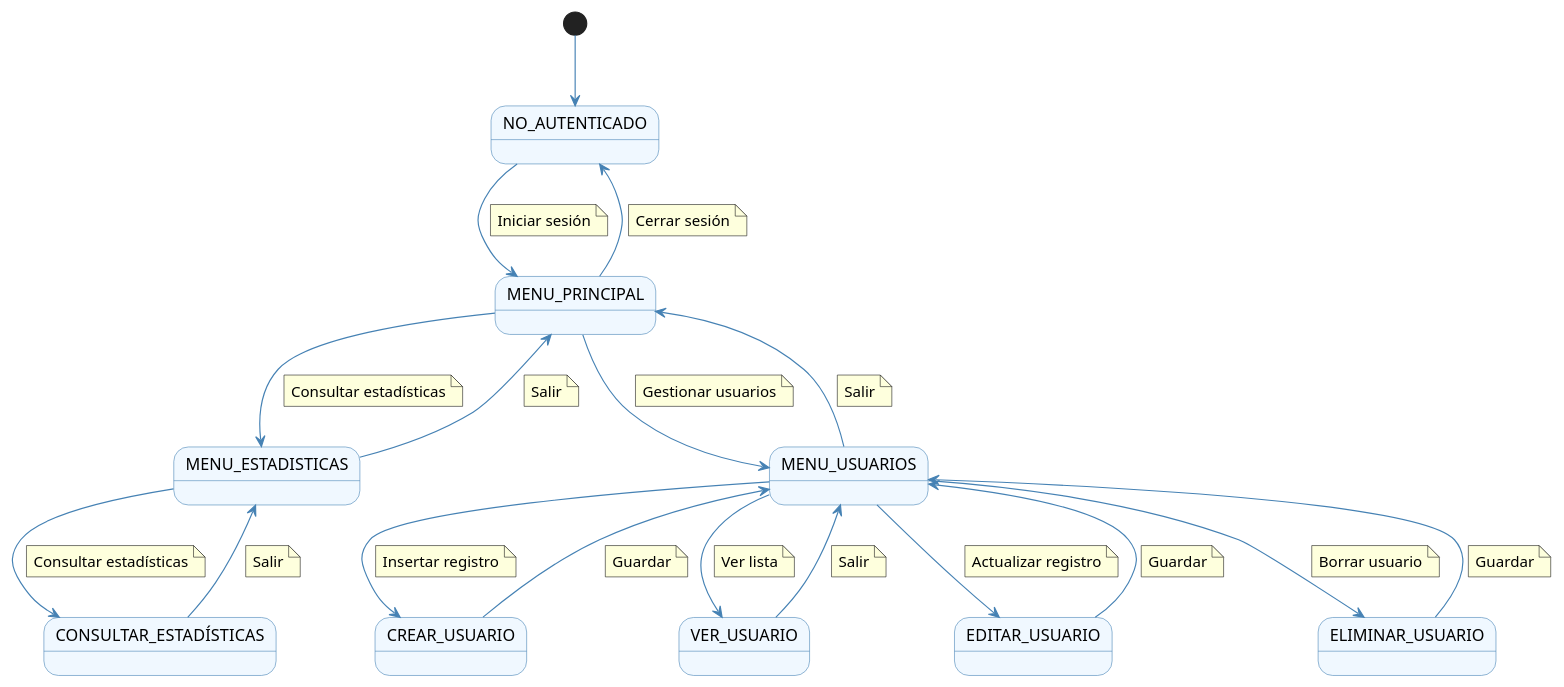
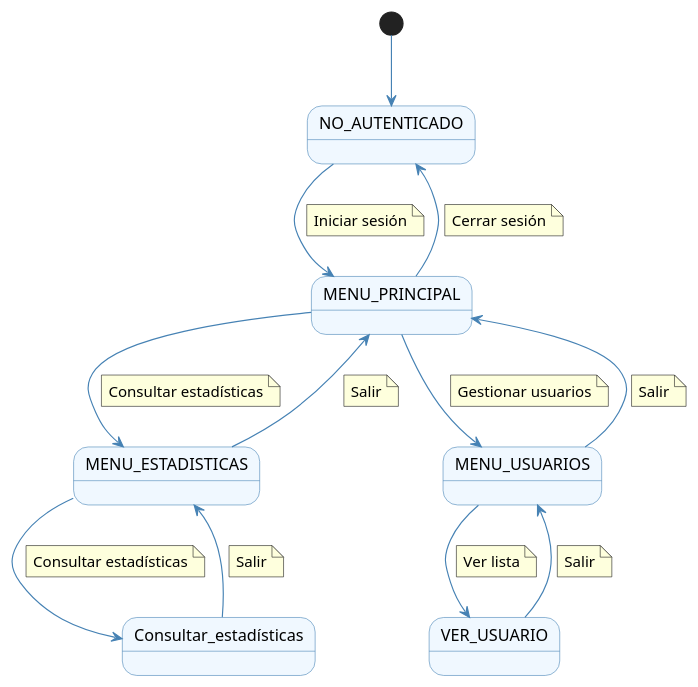
One commit to Dievex/24-25-IdSw1-SDR changed the diagram in casos_de_uso/diagramas_de_contexto/diagrama_contexto_seleccionador.puml. Above: the diagram before and after it, drawn with PlantUML. The commit also changed 125 other files, not shown here.

```diff
--- a/casos_de_uso/diagramas_de_contexto/diagrama_contexto_seleccionador.puml
+++ b/casos_de_uso/diagramas_de_contexto/diagrama_contexto_seleccionador.puml
@@ -1,106 +1,72 @@
 @startuml diagrama_contexto_seleccionador
 
 skinparam {
     StateFontSize 14
     StateFontColor black
     StateBackgroundColor #f0f8ff
     StateBorderColor #4682b4
     ArrowColor #4682b4
     ArrowFontColor #191970
     ArrowFontSize 12
 }
 
 state "NO_AUTENTICADO" as NoAuth
 state "MENU_PRINCIPAL" as Menu
 state "MENU_ESTADISTICAS" as Menu_estadisticas
 state "MENU_USUARIOS" as Menu_usuarios
-state "CREAR_USUARIO" as Crear_usuario
 state "VER_USUARIO" as Ver_usuario
-state "EDITAR_USUARIO" as Editar_usuario
-state "ELIMINAR_USUARIO" as Eliminar_usuario
-state "CONSULTAR_ESTADÍSTICAS" as Consultar_estadísticas
 
 [*] --> NoAuth
 
 NoAuth --> Menu
     note on link
         Iniciar sesión
     end note
 
 Menu --> NoAuth
     note on link
         Cerrar sesión
     end note
 
 Menu --> Menu_usuarios
     note on link
         Gestionar usuarios
     end note
 
 Menu_usuarios --> Menu
     note on link
         Salir
     end note
 
-Menu_usuarios --> Crear_usuario
-    note on link
-        Insertar registro
-    end note
-
-Crear_usuario --> Menu_usuarios
-    note on link
-        Guardar
-    end note
-
-Menu_usuarios --> Editar_usuario
-    note on link
-        Actualizar registro
-    end note
-
-Editar_usuario --> Menu_usuarios
-    note on link
-        Guardar
-    end note
-
 Menu_usuarios --> Ver_usuario
     note on link
         Ver lista
     end note
 
 Ver_usuario --> Menu_usuarios
     note on link
         Salir
-    end note
-
-Menu_usuarios --> Eliminar_usuario
-    note on link
-        Borrar usuario
-    end note
-
-Eliminar_usuario --> Menu_usuarios
-    note on link
-        Guardar
     end note
 
 Menu --> Menu_estadisticas
     note on link
         Consultar estadísticas
     end note
 
 Menu_estadisticas --> Menu
     note on link
         Salir
     end note
 
 Menu_estadisticas --> Consultar_estadísticas
     note on link
         Consultar estadísticas
     end note
 
 Consultar_estadísticas --> Menu_estadisticas
     note on link
         Salir
     end note
 
 
 @enduml
```
